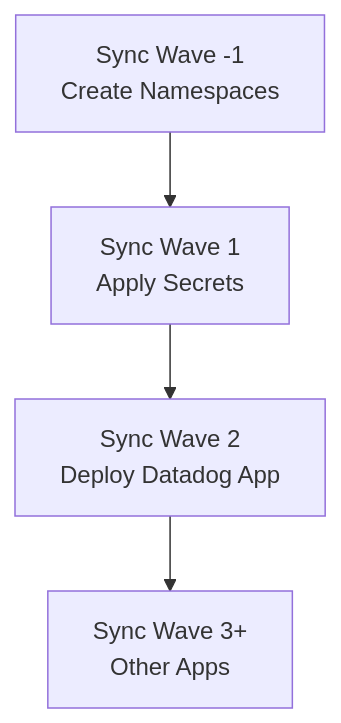
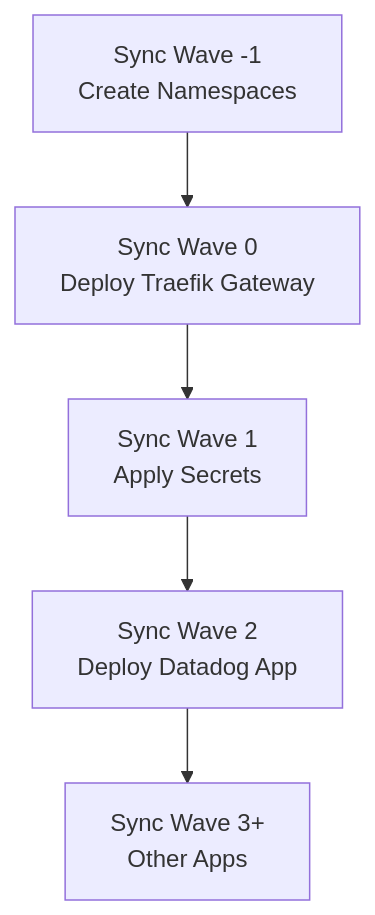
The third of 4 diagrams in .qoder/repowiki/en/content/Infrastructure Applications/Datadog Monitoring Agent.md (Hoangvu75/k8s_manifest), drawn with Mermaid before and after one commit. The commit also changed other lines of this file and 3 other files, not shown here.

````diff
--- a/.qoder/repowiki/en/content/Infrastructure Applications/Datadog Monitoring Agent.md
+++ b/.qoder/repowiki/en/content/Infrastructure Applications/Datadog Monitoring Agent.md
@@ -196,6 +244,7 @@
 ```mermaid
 flowchart TD
-W_N1["Sync Wave -1<br/>Create Namespaces"] --> W_1["Sync Wave 1<br/>Apply Secrets"]
+W_N1["Sync Wave -1<br/>Create Namespaces"] --> W_0["Sync Wave 0<br/>Deploy Traefik Gateway"]
+W_0 --> W_1["Sync Wave 1<br/>Apply Secrets"]
 W_1 --> W_2["Sync Wave 2<br/>Deploy Datadog App"]
 W_2 --> W_3["Sync Wave 3+<br/>Other Apps"]
 ```
````
